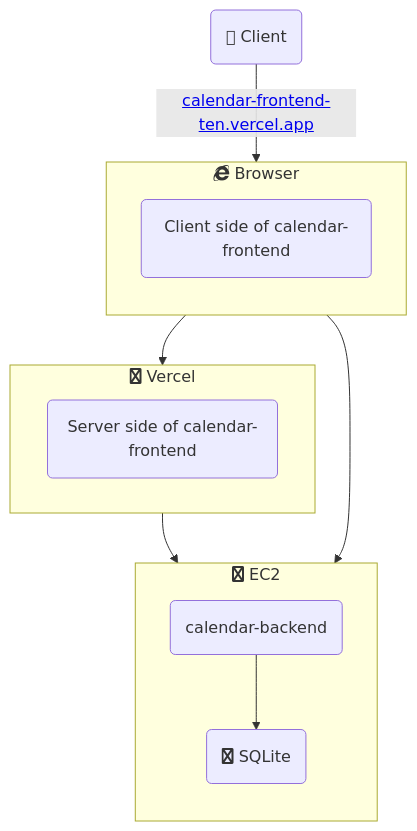
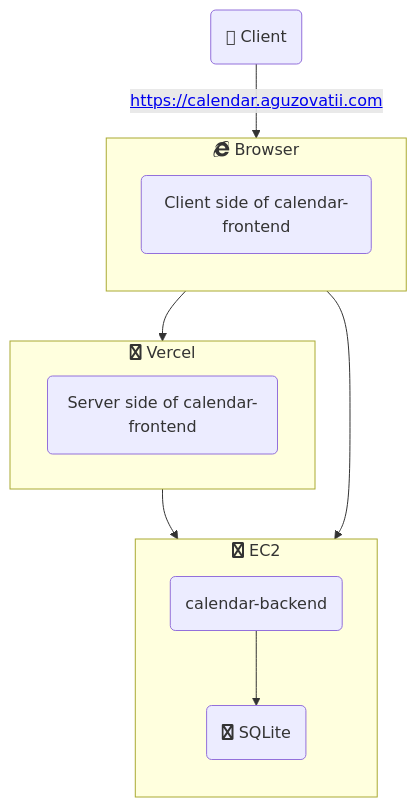
The diagram in src/architecture.md (calendar-team/calendar-docs), drawn with Mermaid before and after one commit.

Commit message:
Fix the calendar address (#3)

````diff
--- a/src/architecture.md
+++ b/src/architecture.md
@@ -8,24 +8,24 @@
 ```mermaid
 flowchart TD
   subgraph browser["fab:fa-internet-explorer Browser"]
     direction TB
     calendar-frontend-client-side("Client side of calendar-frontend")
   end
 
   subgraph vercel["fab:fa-server Vercel"]
     calendar-frontend-server-side("Server side of calendar-frontend")
   end
 
   subgraph ec2["fab:fa-server EC2"]
     direction TB
     calendar-backend --> sqlite
   end
 
   client("fal:fa-user Client")
   sqlite("fab:fa-database SQLite")
   calendar-backend(calendar-backend)
 
-  client -- "<a href='https://calendar-frontend-ten.vercel.app/' target='_blank'>calendar-frontend-ten.vercel.app</a>" --> browser
+  client -- "<a href='https://calendar.aguzovatii.com' target='_blank'>https://calendar.aguzovatii.com</a>" --> browser
   browser --> vercel --> ec2
   browser --> ec2
 ```
````
